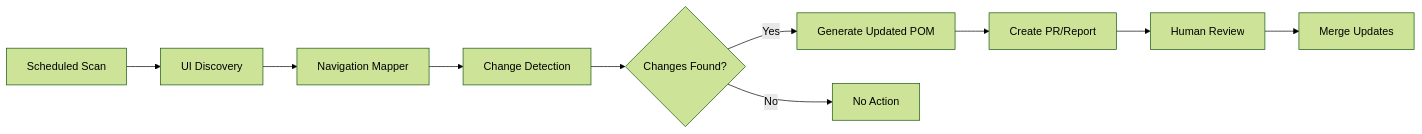
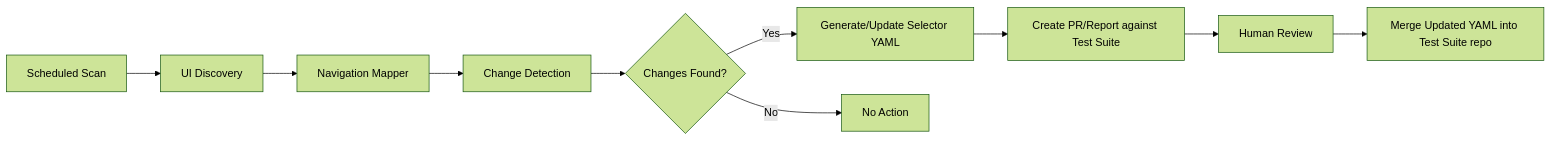
Before and after one commit to alottabits/boardfarm-bdd: the diagram in docs/automated_ui_maintenance_strategy.md, drawn with Mermaid (forest theme). The commit also changed other lines of this file and 6 other files, not shown here.

````diff
--- a/docs/automated_ui_maintenance_strategy.md
+++ b/docs/automated_ui_maintenance_strategy.md
@@ -17,12 +19,12 @@
 ```mermaid
 graph LR
     A[Scheduled Scan] --> B[UI Discovery]
     B --> C[Navigation Mapper]
     C --> D[Change Detection]
     D --> E{Changes Found?}
-    E -->|Yes| F[Generate Updated POM]
+    E -->|Yes| F[Generate/Update Selector YAML]
     E -->|No| G[No Action]
-    F --> H[Create PR/Report]
+    F --> H[Create PR/Report against Test Suite]
     H --> I[Human Review]
-    I --> J[Merge Updates]
+    I --> J[Merge Updated YAML into Test Suite repo]
 ```
````
